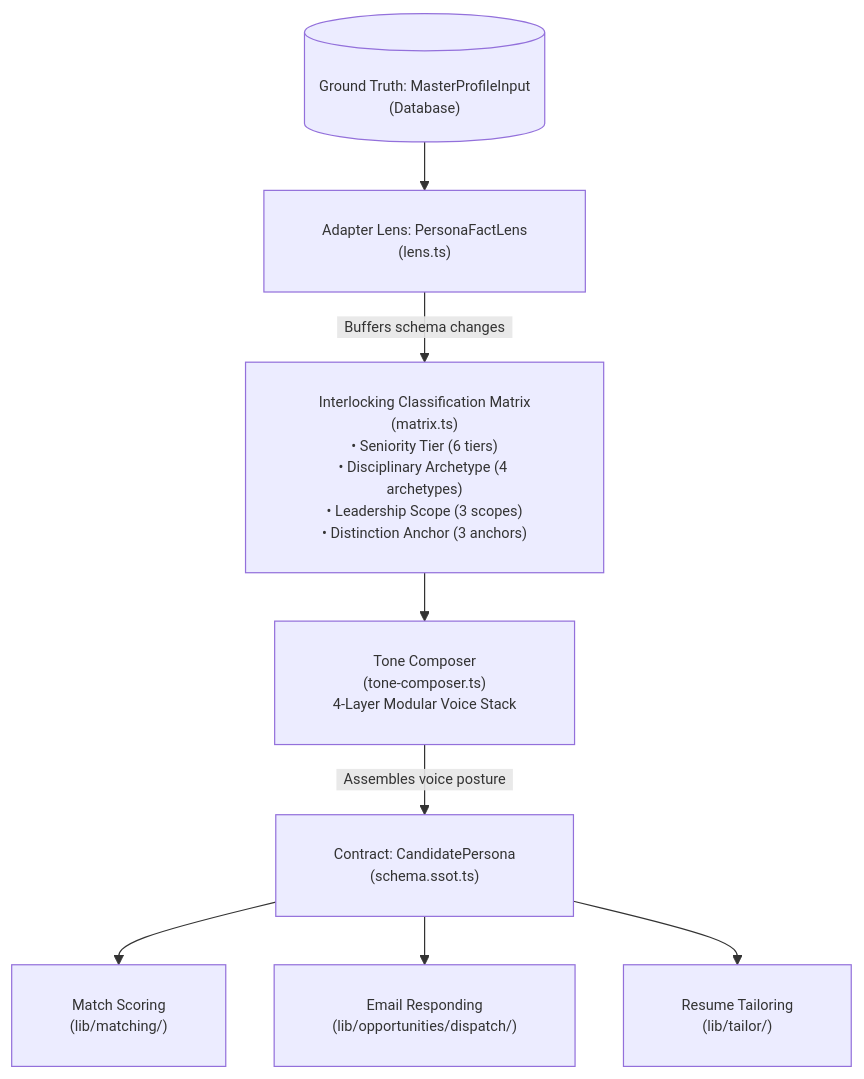
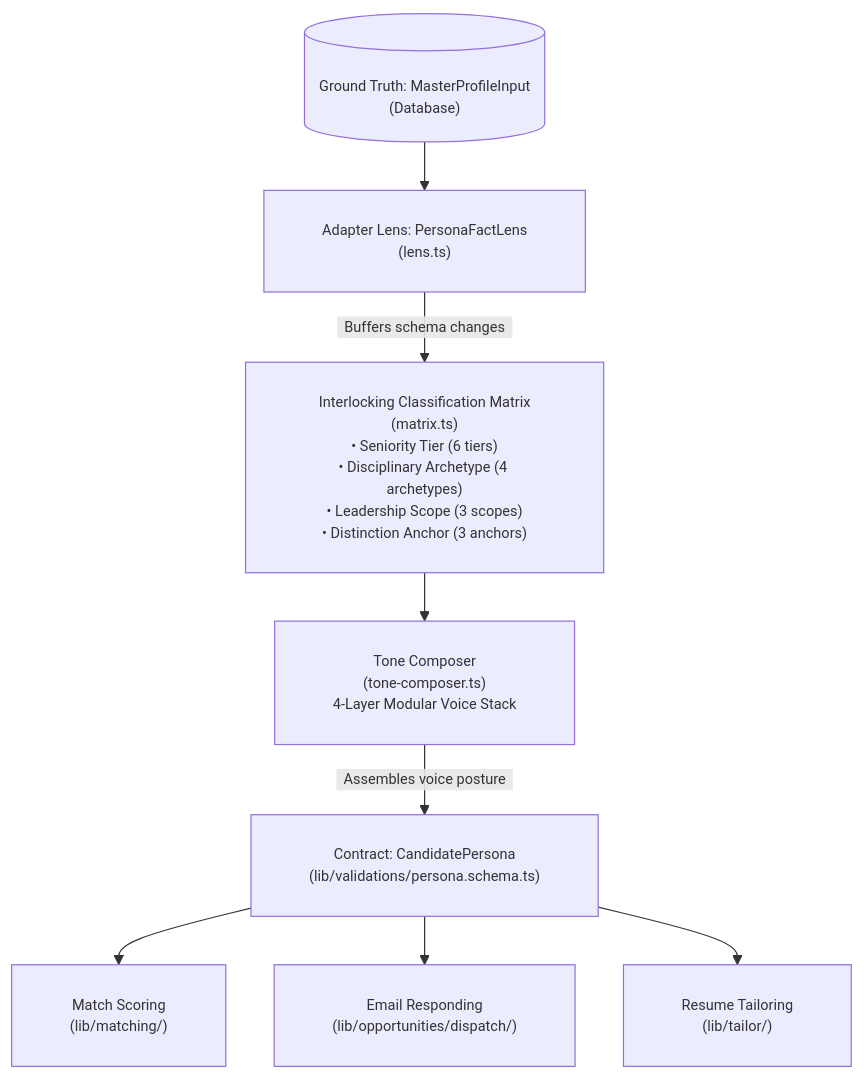
One commit to Marqlo-C/mailpilot changed the sixth of 18 diagrams in README.md. Above: the diagram before and after it, drawn with Mermaid. The commit also changed other lines of this file and 418 other files, not shown here.

````diff
--- a/README.md
+++ b/README.md
@@ -280,21 +396,21 @@
 ```mermaid
 %%{init: {"themeVariables": {"fontSize": "12px", "fontFamily": "-apple-system, BlinkMacSystemFont, Segoe UI, sans-serif"}, "themeCSS": ".edgeLabel foreignObject { overflow: visible !important; } .edgeLabel span { padding: 0 4px; }", "flowchart": {"padding": 24, "nodeSpacing": 40, "rankSpacing": 40}}}%%
 flowchart TD
   GT[("Ground Truth: MasterProfileInput<br/>(Database)")]
   LENS["Adapter Lens: PersonaFactLens<br/>(lens.ts)"]
   MATRIX["Interlocking Classification Matrix<br/>(matrix.ts)<br/>• Seniority Tier (6 tiers)<br/>• Disciplinary Archetype (4 archetypes)<br/>• Leadership Scope (3 scopes)<br/>• Distinction Anchor (3 anchors)"]
   TONE["Tone Composer<br/>(tone-composer.ts)<br/>4-Layer Modular Voice Stack"]
-  CONTRACT["Contract: CandidatePersona<br/>(schema.ssot.ts)"]
+  CONTRACT["Contract: CandidatePersona<br/>(lib/validations/persona.schema.ts)"]
 
   MS["Match Scoring<br/>(lib/matching/)"]
   ER["Email Responding<br/>(lib/opportunities/dispatch/)"]
   RT["Resume Tailoring<br/>(lib/tailor/)"]
 
   GT --> LENS
   LENS -->|"&nbsp;&nbsp;Buffers schema changes&nbsp;&nbsp;"| MATRIX
   MATRIX --> TONE
   TONE -->|"&nbsp;&nbsp;Assembles voice posture&nbsp;&nbsp;"| CONTRACT
   CONTRACT --> MS
   CONTRACT --> ER
   CONTRACT --> RT
 ```
````
